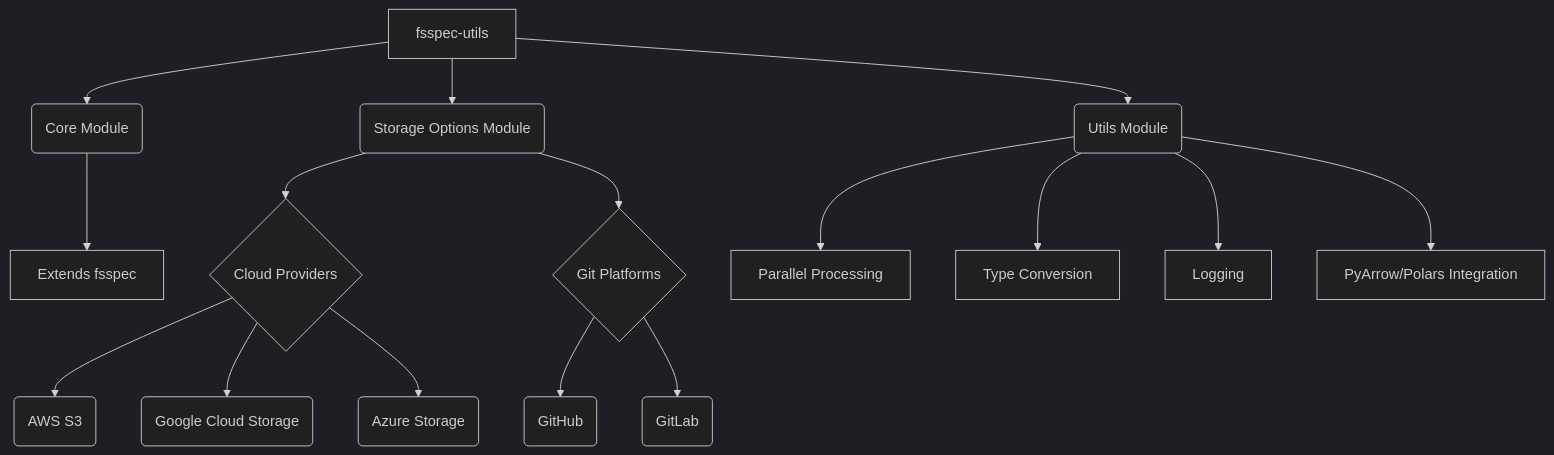
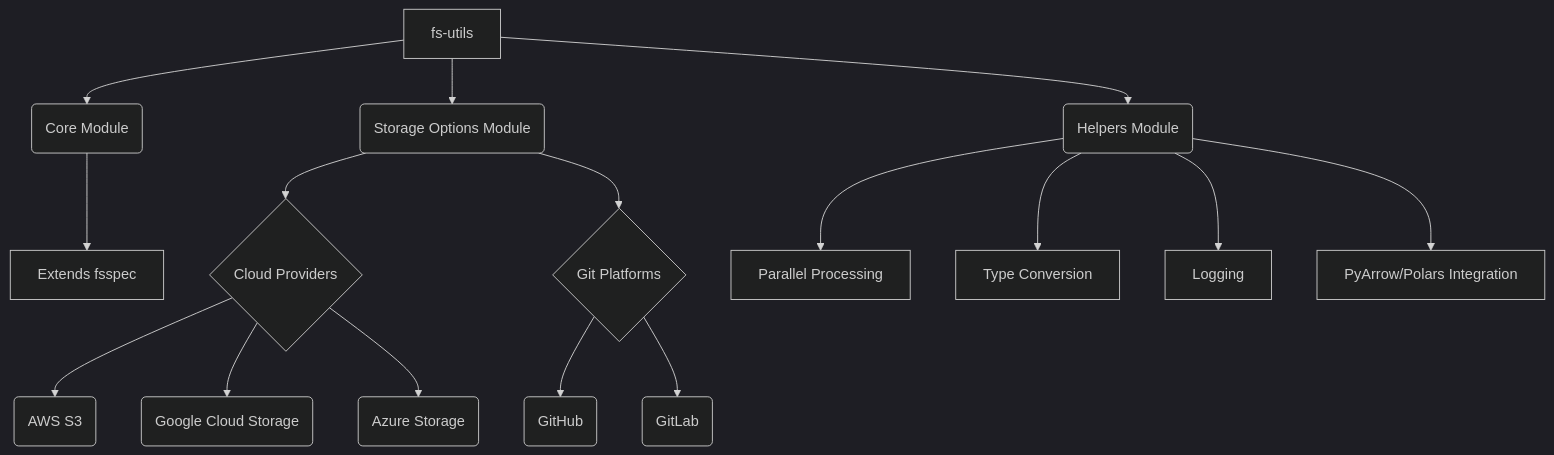
One commit to legout/fs-utils changed the diagram in docs/architecture.md. Above: the diagram before and after it, drawn with Mermaid (dark theme). The commit also changed other lines of this file and 33 other files, not shown here.

````diff
--- a/docs/architecture.md
+++ b/docs/architecture.md
@@ -39,18 +39,18 @@
 ```mermaid
 graph TD
-    A[fsspec-utils] --> B(Core Module)
+    A[fs-utils] --> B(Core Module)
     A --> C(Storage Options Module)
-    A --> D(Utils Module)
+    A --> D(Helpers Module)
     B --> E[Extends fsspec]
     C --> F{Cloud Providers}
     C --> G{Git Platforms}
     D --> H[Parallel Processing]
     D --> I[Type Conversion]
     D --> J[Logging]
     D --> K[PyArrow/Polars Integration]
     F --> L(AWS S3)
     F --> M(Google Cloud Storage)
     F --> N(Azure Storage)
     G --> O(GitHub)
     G --> P(GitLab)
 ```
````
